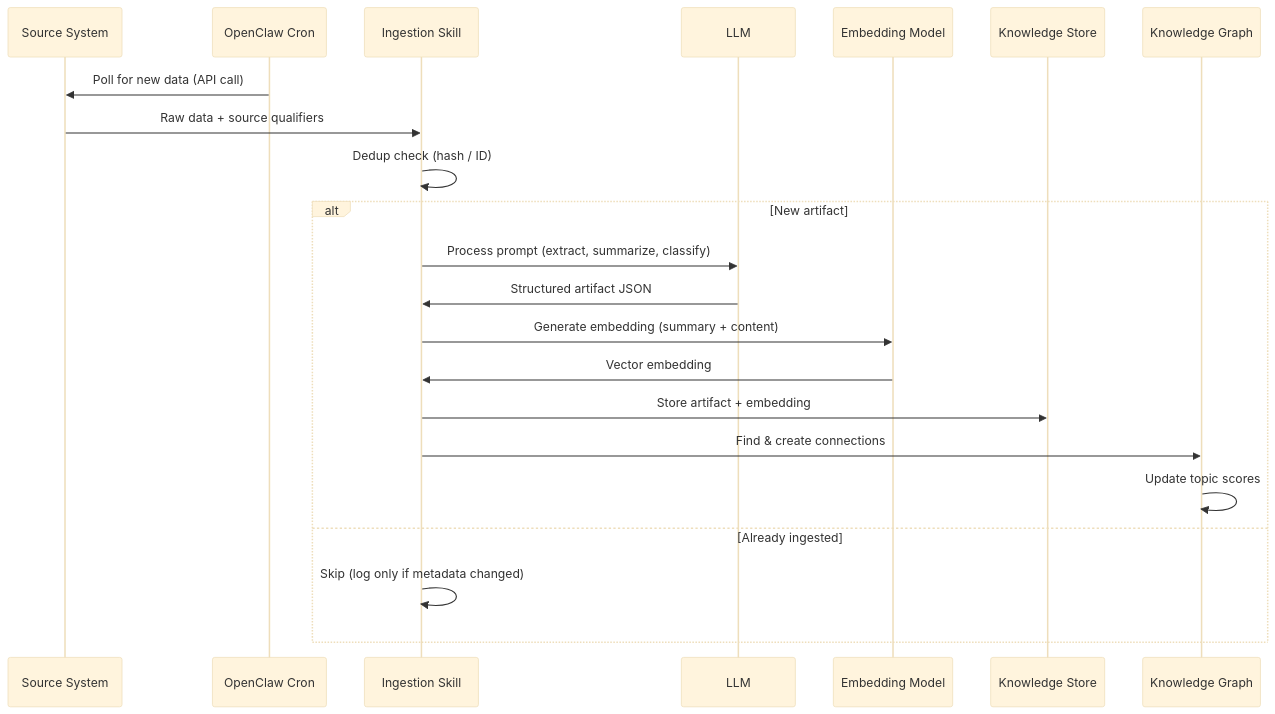
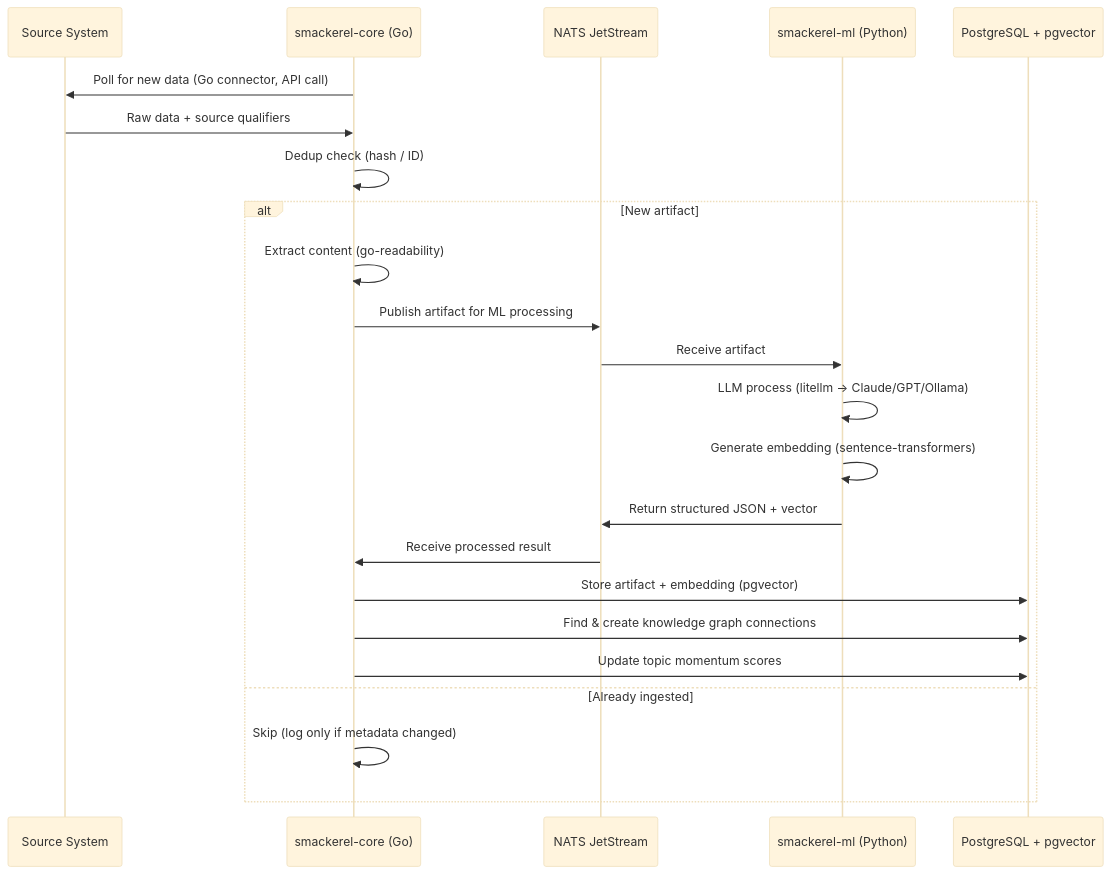
Before and after one commit to pkirsanov/smackerel: the third of 14 diagrams in docs/smackerel.md, drawn with Mermaid (base theme). The commit also changed other lines of this file and 1 other file, not shown here.

First line of the commit message:
Add competitive analysis, connector ecosystem, and Go+pgvector tech stack to design doc

````diff
--- a/docs/smackerel.md
+++ b/docs/smackerel.md
@@ -305,26 +296,27 @@
 ```mermaid
 sequenceDiagram
     participant SRC as Source System
-    participant CRON as OpenClaw Cron
-    participant SKILL as Ingestion Skill
-    participant LLM as LLM
-    participant EMBED as Embedding Model
-    participant STORE as Knowledge Store
-    participant GRAPH as Knowledge Graph
+    participant CORE as smackerel-core (Go)
+    participant NATS as NATS JetStream
+    participant ML as smackerel-ml (Python)
+    participant PG as PostgreSQL + pgvector
 
-    CRON->>SRC: Poll for new data (API call)
-    SRC->>SKILL: Raw data + source qualifiers
-    SKILL->>SKILL: Dedup check (hash / ID)
+    CORE->>SRC: Poll for new data (Go connector, API call)
+    SRC->>CORE: Raw data + source qualifiers
+    CORE->>CORE: Dedup check (hash / ID)
     
     alt New artifact
-        SKILL->>LLM: Process prompt (extract, summarize, classify)
-        LLM->>SKILL: Structured artifact JSON
-        SKILL->>EMBED: Generate embedding (summary + content)
-        EMBED->>SKILL: Vector embedding
-        SKILL->>STORE: Store artifact + embedding
-        SKILL->>GRAPH: Find & create connections
-        GRAPH->>GRAPH: Update topic scores
+        CORE->>CORE: Extract content (go-readability)
+        CORE->>NATS: Publish artifact for ML processing
+        NATS->>ML: Receive artifact
+        ML->>ML: LLM process (litellm → Claude/GPT/Ollama)
+        ML->>ML: Generate embedding (sentence-transformers)
+        ML->>NATS: Return structured JSON + vector
+        NATS->>CORE: Receive processed result
+        CORE->>PG: Store artifact + embedding (pgvector)
+        CORE->>PG: Find & create knowledge graph connections
+        CORE->>PG: Update topic momentum scores
     else Already ingested
-        SKILL->>SKILL: Skip (log only if metadata changed)
+        CORE->>CORE: Skip (log only if metadata changed)
     end
 ```
````
